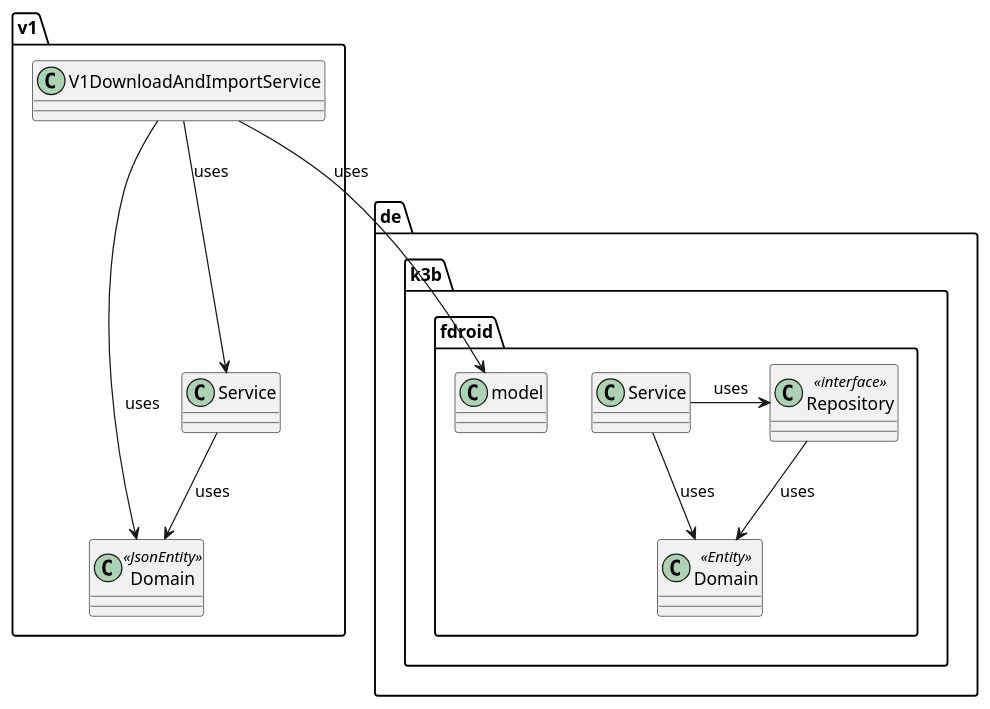
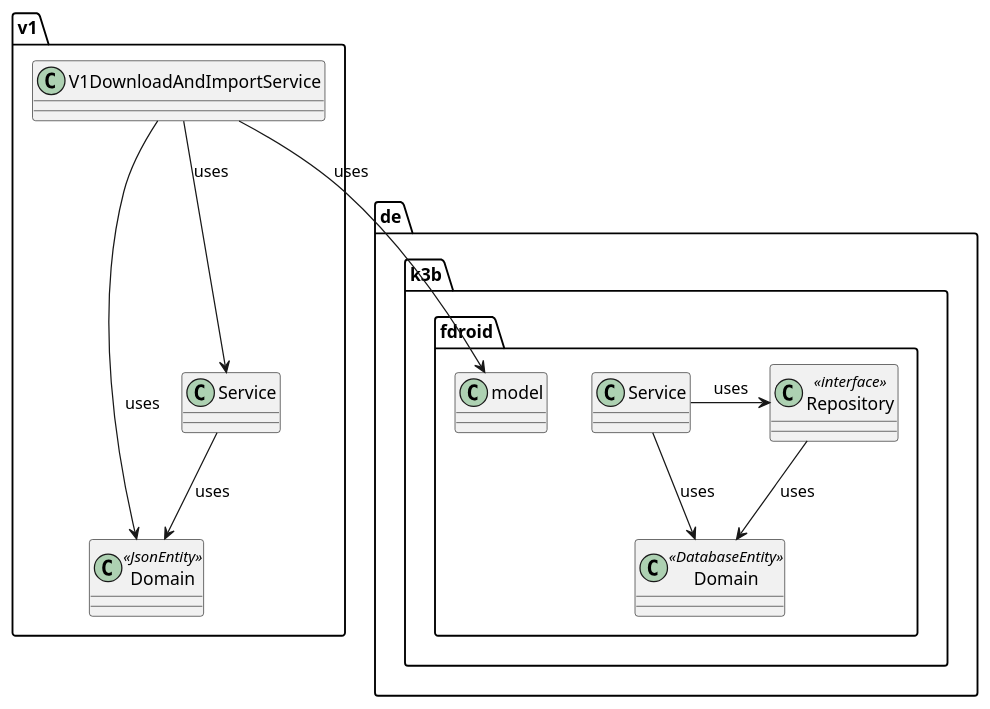
One commit to k3b/F-Droid-Universal-Catalog changed the diagram in app/fdroid-v1/v1-import.puml. Above: the diagram before and after it, drawn with PlantUML. The commit also changed 6 other files, not shown here.

```diff
--- a/app/fdroid-v1/v1-import.puml
+++ b/app/fdroid-v1/v1-import.puml
@@ -1,21 +1,21 @@
 @startuml
 class v1.V1DownloadAndImportService
 
 class v1.Domain <<JsonEntity>>
 class v1.Service
 
 v1.Service --> v1.Domain : uses
 
 v1.V1DownloadAndImportService --> v1.Service : uses
 v1.V1DownloadAndImportService --> v1.Domain : uses
 
 v1.V1DownloadAndImportService --> de.k3b.fdroid.model : uses
 
 class de.k3b.fdroid.Repository <<interface>>
-class de.k3b.fdroid.Domain <<Entity>>
+class de.k3b.fdroid.Domain <<DatabaseEntity>>
 class de.k3b.fdroid.Service
 
 de.k3b.fdroid.Service --> de.k3b.fdroid.Domain : uses
 de.k3b.fdroid.Service -> de.k3b.fdroid.Repository : uses
 de.k3b.fdroid.Repository --> de.k3b.fdroid.Domain : uses
 @enduml
```
